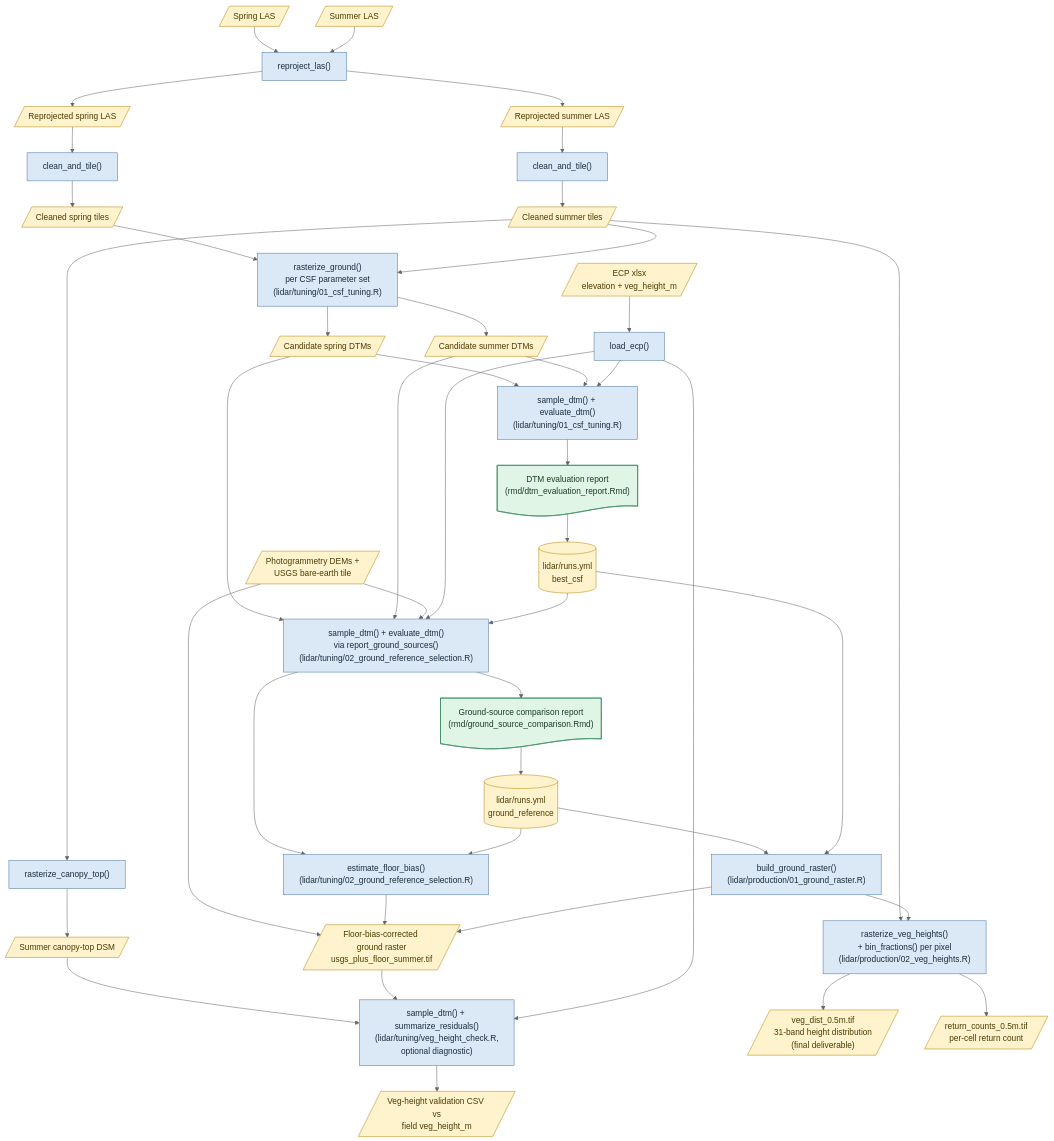
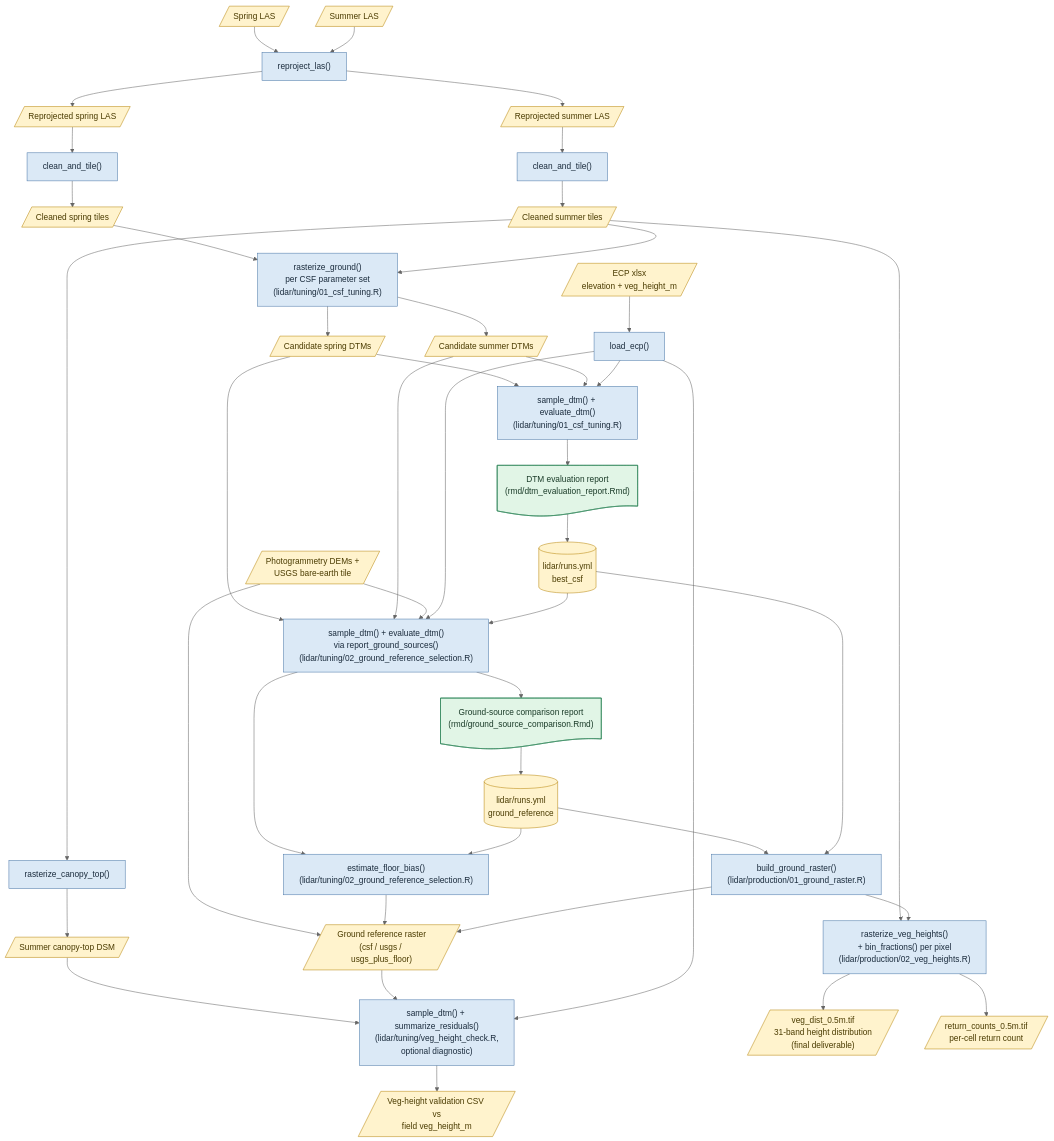
Before and after one commit to UMass-UAS-Salt-Marsh/salt-marsh-work: the diagram in lidar/ARCHITECTURE.md, drawn with Mermaid (neutral theme). The commit also changed other lines of this file and 8 other files, not shown here.

````diff
--- a/lidar/ARCHITECTURE.md
+++ b/lidar/ARCHITECTURE.md
@@ -288,81 +306,81 @@
 ```mermaid
 flowchart TD
     A1[/"Spring LAS"/]
     A2[/"Summer LAS"/]
     A1 --> B0
     A2 --> B0
     B0["reproject_las()"]
     B0 --> C1[/"Reprojected spring LAS"/]
     B0 --> C2[/"Reprojected summer LAS"/]
 
     C1 --> D1
     C2 --> D2
     D1["clean_and_tile()"]
     D2["clean_and_tile()"]
     D1 --> E1[/"Cleaned spring tiles"/]
     D2 --> E2[/"Cleaned summer tiles"/]
 
     ECP[/"ECP xlsx<br/>elevation + veg_height_m"/]
     LE["load_ecp()"]
     ECP --> LE
 
     E1 --> F
     E2 --> F
     F["rasterize_ground()<br/>per CSF parameter set<br/>(lidar/tuning/01_csf_tuning.R)"]
     F --> G1[/"Candidate spring DTMs"/]
     F --> G2[/"Candidate summer DTMs"/]
 
     G1 --> J
     G2 --> J
     LE --> J
     J["sample_dtm() + evaluate_dtm()<br/>(lidar/tuning/01_csf_tuning.R)"]
     K@{ shape: doc, label: "DTM evaluation report<br/>(rmd/dtm_evaluation_report.Rmd)" }
     J --> K
     K --> RUNS[("lidar/runs.yml<br/>best_csf")]
 
     OTHER[/"Photogrammetry DEMs +<br/>USGS bare-earth tile"/]
     G1 --> M
     G2 --> M
     OTHER --> M
     LE --> M
     RUNS --> M
     M["sample_dtm() + evaluate_dtm()<br/>via report_ground_sources()<br/>(lidar/tuning/02_ground_reference_selection.R)"]
     N@{ shape: doc, label: "Ground-source comparison report<br/>(rmd/ground_source_comparison.Rmd)" }
     M --> N
 
     M --> O
     OTHER --> P
     O["estimate_floor_bias()<br/>(lidar/tuning/02_ground_reference_selection.R)"]
-    O --> P[/"Floor-bias-corrected ground raster<br/>usgs_plus_floor_summer.tif"/]
+    O --> P[/"Ground reference raster<br/>(csf / usgs / usgs_plus_floor)"/]
     N --> RUNS2[("lidar/runs.yml<br/>ground_reference")]
     RUNS2 --> O
 
     RUNS2 --> BGR
     RUNS --> BGR
     BGR["build_ground_raster()<br/>(lidar/production/01_ground_raster.R)"]
     BGR --> P
 
     E2 --> Q
     Q["rasterize_canopy_top()"]
     Q --> R[/"Summer canopy-top DSM"/]
 
     R --> S
     P --> S
     LE --> S
     S["sample_dtm() + summarize_residuals()<br/>(lidar/tuning/veg_height_check.R,<br/>optional diagnostic)"]
     S --> T[/"Veg-height validation CSV vs<br/>field veg_height_m"/]
 
     E2 --> U
     BGR --> U
     U["rasterize_veg_heights()<br/>+ bin_fractions() per pixel<br/>(lidar/production/02_veg_heights.R)"]
     U --> V[/"veg_dist_0.5m.tif<br/>31-band height distribution<br/>(final deliverable)"/]
     U --> W[/"return_counts_0.5m.tif<br/>per-cell return count"/]
 
     classDef process fill:#dbe9f6,stroke:#4a77a8,color:#1a2b3c
     classDef data fill:#fff3cd,stroke:#b8860b,color:#4a3b00
     classDef report fill:#e1f5e6,stroke:#2f855a,color:#1a3b28
 
     class B0,D1,D2,LE,F,J,M,O,Q,S,U,BGR process
     class A1,A2,C1,C2,E1,E2,ECP,G1,G2,OTHER,P,R,T,V,W,RUNS,RUNS2 data
     class K,N report
 ```
````
